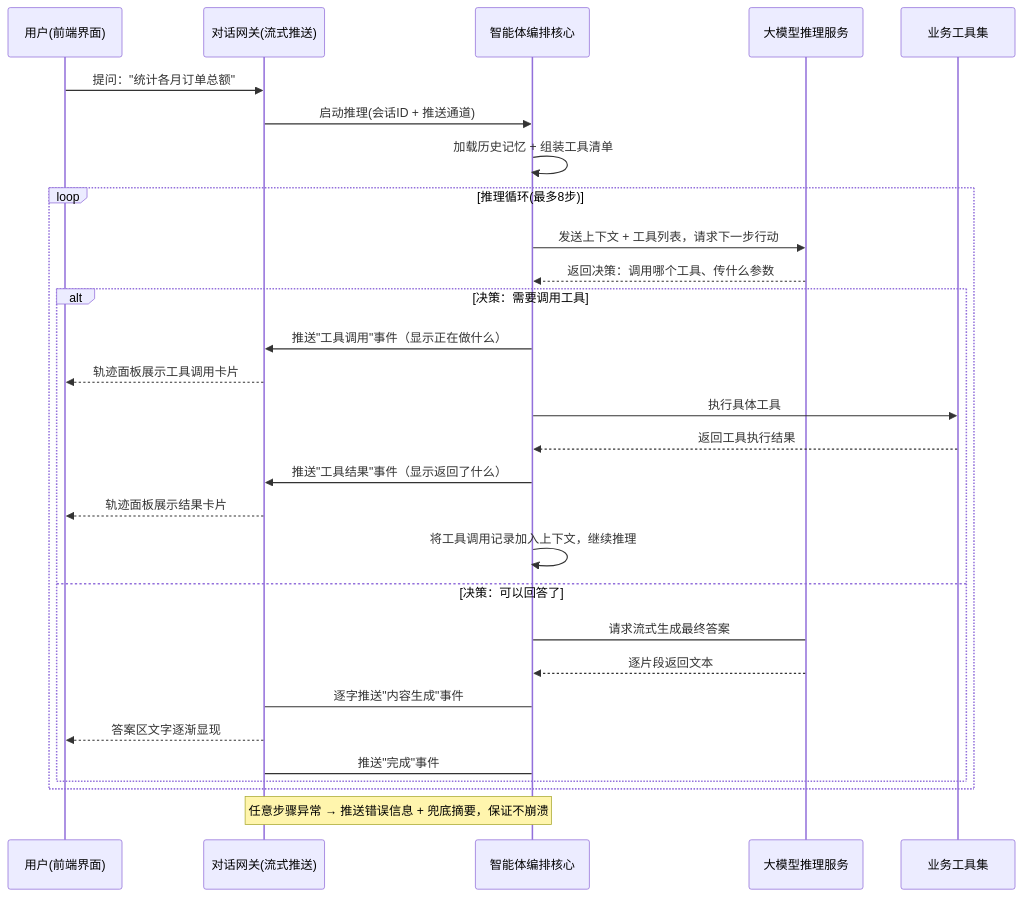
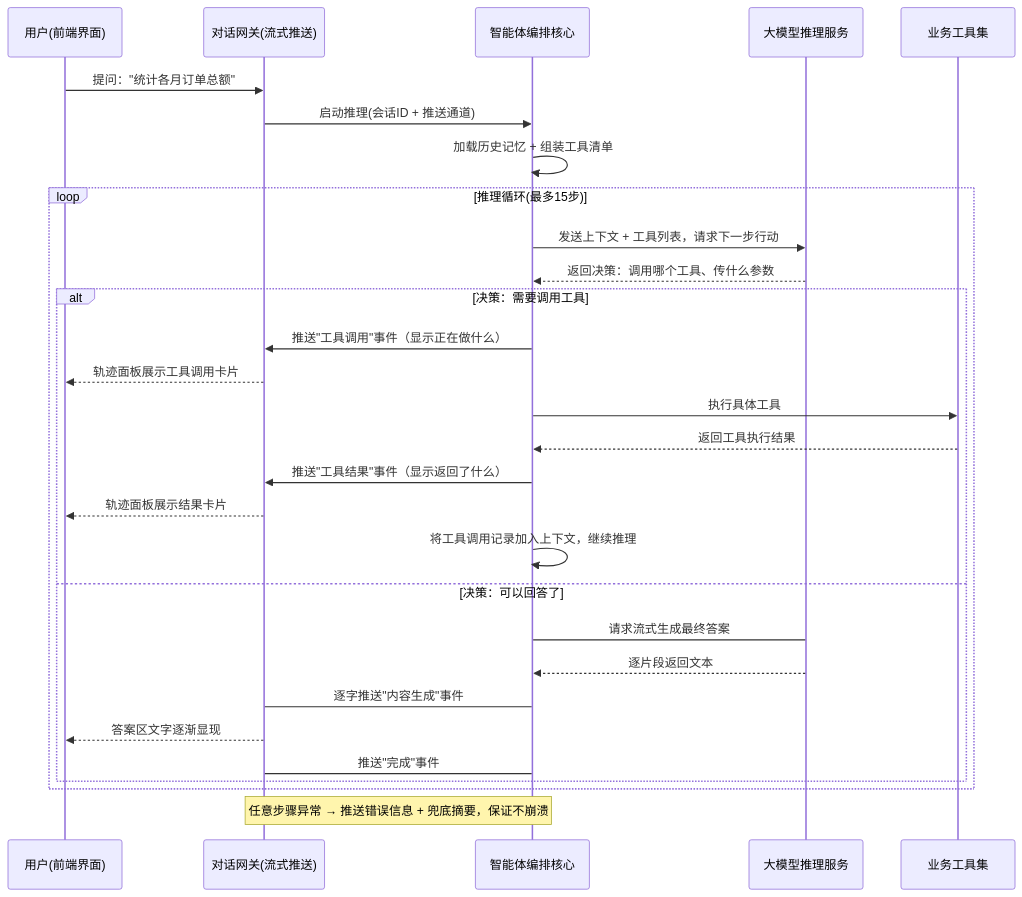
One commit to WWD499/agent_bi changed the diagram in docs/功能详细设计文档.md. Above: the diagram before and after it, drawn with Mermaid. The commit also changed other lines of this file and 14 other files, not shown here.

````diff
--- a/docs/功能详细设计文档.md
+++ b/docs/功能详细设计文档.md
@@ -92,36 +92,36 @@
 ```mermaid
 sequenceDiagram
     participant U as 用户(前端界面)
     participant C as 对话网关(流式推送)
     participant A as 智能体编排核心
     participant L as 大模型推理服务
     participant T as 业务工具集
 
     U->>C: 提问："统计各月订单总额"
     C->>A: 启动推理(会话ID + 推送通道)
     A->>A: 加载历史记忆 + 组装工具清单
 
-    loop 推理循环(最多8步)
+    loop 推理循环(最多15步)
         A->>L: 发送上下文 + 工具列表，请求下一步行动
         L-->>A: 返回决策：调用哪个工具、传什么参数
 
         alt 决策：需要调用工具
             A->>C: 推送"工具调用"事件（显示正在做什么）
             C-->>U: 轨迹面板展示工具调用卡片
             A->>T: 执行具体工具
             T-->>A: 返回工具执行结果
             A->>C: 推送"工具结果"事件（显示返回了什么）
             C-->>U: 轨迹面板展示结果卡片
             A->>A: 将工具调用记录加入上下文，继续推理
 
         else 决策：可以回答了
             A->L: 请求流式生成最终答案
             L-->>A: 逐片段返回文本
             A->C: 逐字推送"内容生成"事件
             C-->>U: 答案区文字逐渐显现
             A->C: 推送"完成"事件
         end
     end
 
     Note over A,C: 任意步骤异常 → 推送错误信息 + 兜底摘要，保证不崩溃
 ```
````
